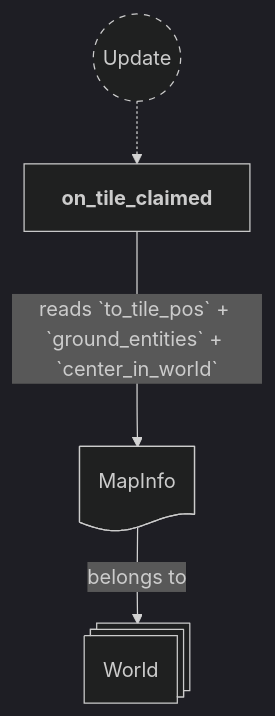
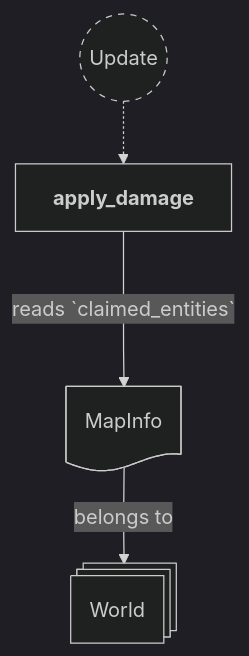
The second of 6 diagrams in backlog/docs/doc-8 - 007-Claim-plugin.md (neurosoup/tyled), drawn with Mermaid before and after one commit. The commit also changed other lines of this file and 11 other files, not shown here.

````diff
--- a/backlog/docs/doc-8 - 007-Claim-plugin.md
+++ b/backlog/docs/doc-8 - 007-Claim-plugin.md
@@ -69,21 +83,21 @@
 ```mermaid
 ---
 config:
   theme: dark
 ---
 
 flowchart TD
 classDef system-group stroke-dasharray: 5 5
 
 update(("`Update`")):::system-group
-on_tile_claimed["`**on_tile_claimed**`"]
+apply_damage["`**apply_damage**`"]
 
-update -.-> on_tile_claimed
+update -.-> apply_damage
 
 world@{ shape: st-rect, label: "World" }
 map_info_res@{ shape: doc, label: "MapInfo" }
 
 map_info_res --> |belongs to| world
 
-on_tile_claimed ---> |reads `to_tile_pos` + `ground_entities` + `center_in_world`| map_info_res
+apply_damage ---> |reads `claimed_entities`| map_info_res
 ```
````
